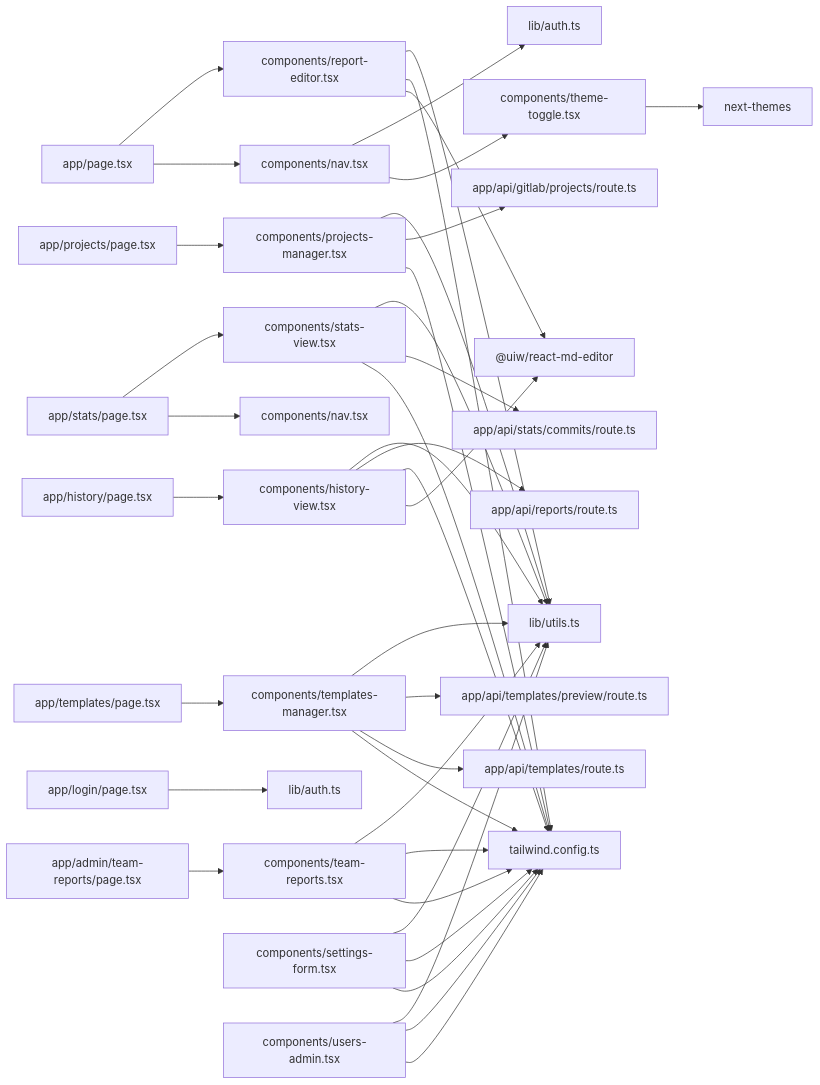
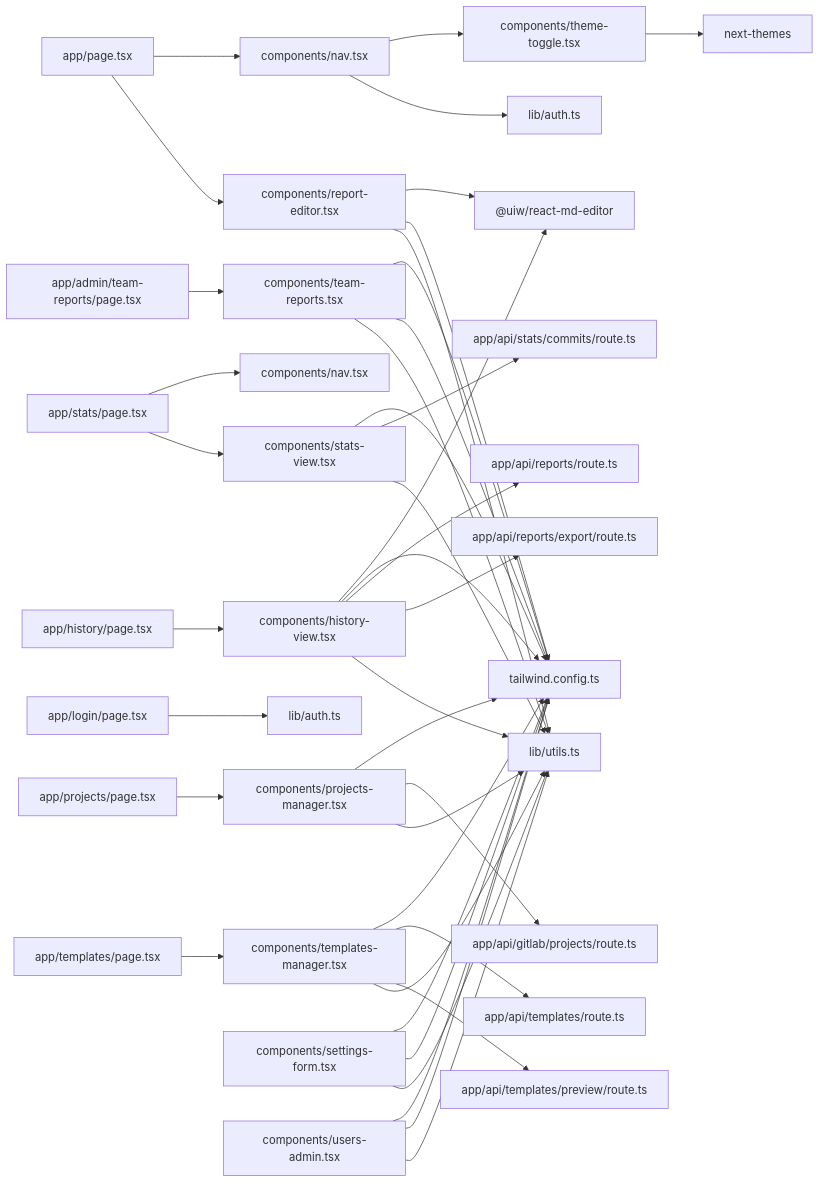
Before and after one commit to jrj444/git-daily: diagram 14 of 14 in .qoder/repowiki/en/content/Frontend Components/Frontend Components.md, drawn with Mermaid. The commit also changed other lines of this file and 6 other files, not shown here.

````diff
--- a/.qoder/repowiki/en/content/Frontend Components/Frontend Components.md
+++ b/.qoder/repowiki/en/content/Frontend Components/Frontend Components.md
@@ -874,41 +877,42 @@
 ```mermaid
 graph LR
 Page["app/page.tsx"] --> Nav["components/nav.tsx"]
 Page --> RE["components/report-editor.tsx"]
 TRP["app/admin/team-reports/page.tsx"] --> TR["components/team-reports.tsx"]
 SP["app/stats/page.tsx"] --> N["components/nav.tsx"]
 SP --> SV["components/stats-view.tsx"]
 PP["app/projects/page.tsx"] --> PM["components/projects-manager.tsx"]
 TP["app/templates/page.tsx"] --> TM["components/templates-manager.tsx"]
 HPG["app/history/page.tsx"] --> HV["components/history-view.tsx"]
 LP["app/login/page.tsx"] --> AU["lib/auth.ts"]
 Nav --> TT["components/theme-toggle.tsx"]
 Nav --> Auth["lib/auth.ts"]
 RE --> MD["@uiw/react-md-editor"]
 HV --> MD
 SF["components/settings-form.tsx"] --> TW["tailwind.config.ts"]
 TR --> TW
 UA["components/users-admin.tsx"] --> TW
 RE --> TW
 HV --> TW
 SF --> TW
 TR --> TW
 UA --> TW
 SV --> TW
 PM --> TW
 TM --> TW
 SV --> API1["app/api/stats/commits/route.ts"]
 PM --> API2["app/api/gitlab/projects/route.ts"]
 TM --> API3["app/api/templates/route.ts"]
 TM --> API4["app/api/templates/preview/route.ts"]
 HV --> API5["app/api/reports/route.ts"]
+HV --> API6["app/api/reports/export/route.ts"]
 RE --> UT["lib/utils.ts"]
 HV --> UT
 SF --> UT
 TR --> UT
 UA --> UT
 SV --> UT
 PM --> UT
 TM --> UT
 TT --> NT["next-themes"]
 ```
````
